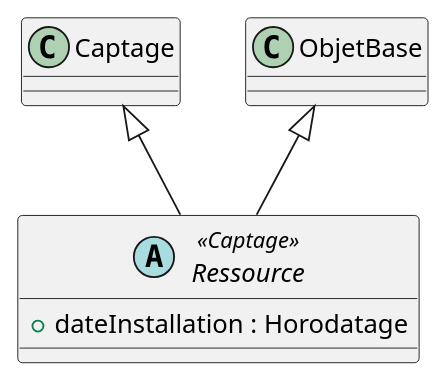
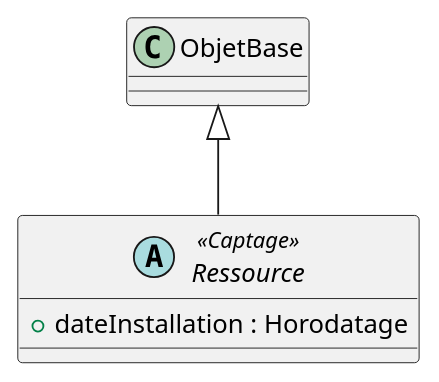
Before and after one commit to beerfactory/brewbox-uml: the diagram in ressource.iuml, drawn with PlantUML. The commit also changed 3 other files, not shown here.

```diff
--- a/ressource.iuml
+++ b/ressource.iuml
@@ -1,6 +1,5 @@
 abstract class Ressource  <<Captage>> {
     + dateInstallation : Horodatage
 }
 
-Captage <|-- Ressource
 ObjetBase <|-- Ressource
```
